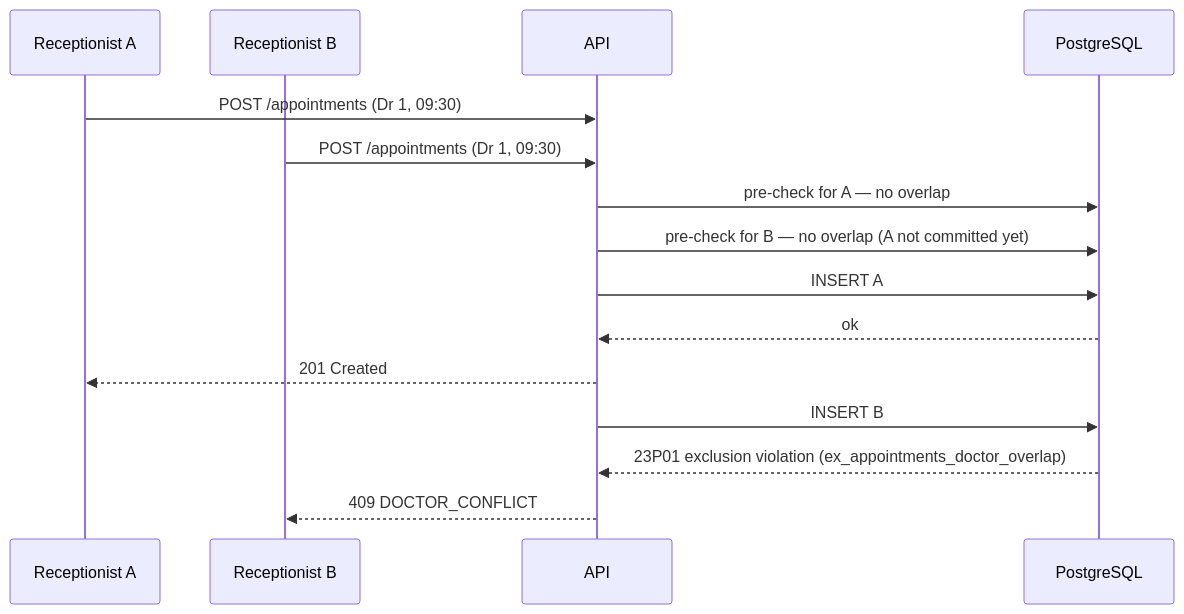
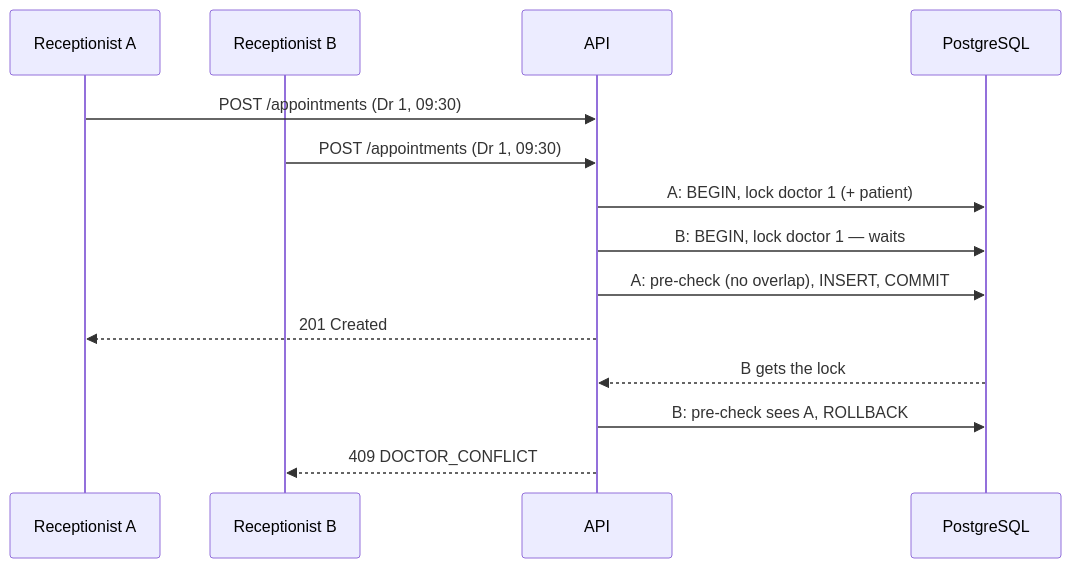
One commit to Mostafaa021/AppointmentScheduler changed the second of 4 diagrams in docs/architecture/booking.md. Above: the diagram before and after it, drawn with Mermaid. The commit also changed other lines of this file and 32 other files, not shown here.

````diff
--- a/docs/architecture/booking.md
+++ b/docs/architecture/booking.md
@@ -50,17 +53,16 @@
 ```mermaid
 sequenceDiagram
   participant R1 as Receptionist A
   participant R2 as Receptionist B
   participant API
   participant DB as PostgreSQL
   R1->>API: POST /appointments (Dr 1, 09:30)
   R2->>API: POST /appointments (Dr 1, 09:30)
-  API->>DB: pre-check for A — no overlap
-  API->>DB: pre-check for B — no overlap (A not committed yet)
-  API->>DB: INSERT A
-  DB-->>API: ok
+  API->>DB: A: BEGIN, lock doctor 1 (+ patient)
+  API->>DB: B: BEGIN, lock doctor 1 — waits
+  API->>DB: A: pre-check (no overlap), INSERT, COMMIT
   API-->>R1: 201 Created
-  API->>DB: INSERT B
-  DB-->>API: 23P01 exclusion violation (ex_appointments_doctor_overlap)
+  DB-->>API: B gets the lock
+  API->>DB: B: pre-check sees A, ROLLBACK
   API-->>R2: 409 DOCTOR_CONFLICT
 ```
````
